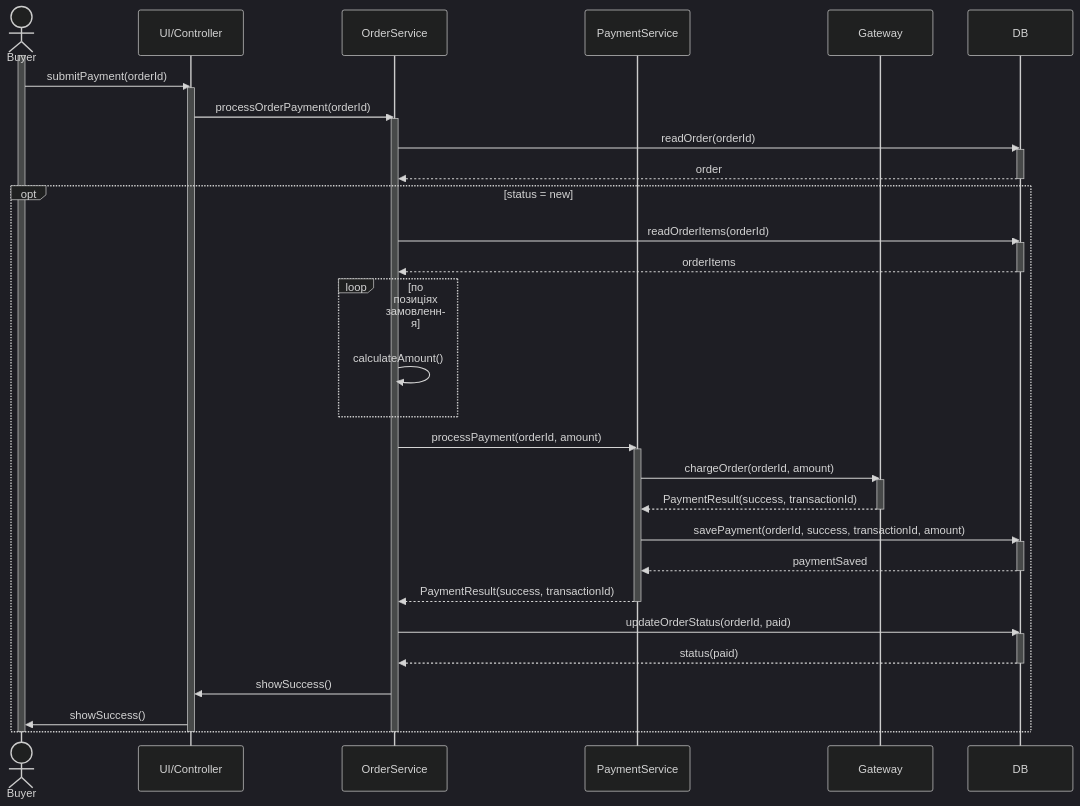
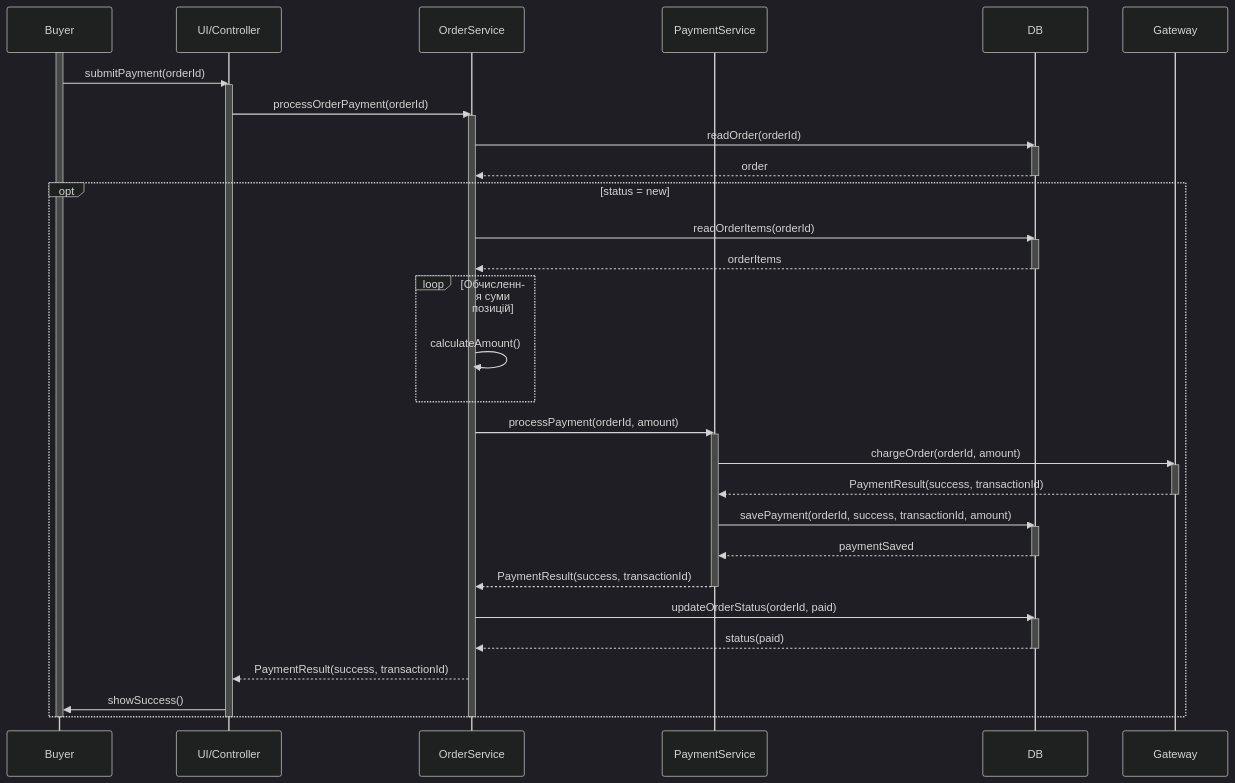
Before and after one commit to Saeghxx/KPI2: the diagram in Lab3/diagrams/sc-10.md, drawn with Mermaid (dark theme).

Commit message:
fix(lab3): regenerate SC-10 diagram

````diff
--- a/Lab3/diagrams/sc-10.md
+++ b/Lab3/diagrams/sc-10.md
@@ -3,57 +3,57 @@
 ```mermaid
 sequenceDiagram
-    actor Buyer
+    participant Buyer
     participant UI as UI/Controller
     participant OS as OrderService
     participant PS as PaymentService
+    participant DB
     participant GW as Gateway
-    participant DB
 
     activate Buyer
     Buyer->>UI: submitPayment(orderId)
     activate UI
     UI->>OS: processOrderPayment(orderId)
     activate OS
     OS->>DB: readOrder(orderId)
     activate DB
     DB-->>OS: order
     deactivate DB
 
     opt status = new
         OS->>DB: readOrderItems(orderId)
         activate DB
         DB-->>OS: orderItems
         deactivate DB
 
-        loop по позиціях замовлення
+        loop Обчислення суми позицій
             OS->>OS: calculateAmount()
         end
 
         OS->>PS: processPayment(orderId, amount)
         activate PS
         PS->>GW: chargeOrder(orderId, amount)
         activate GW
         GW-->>PS: PaymentResult(success, transactionId)
         deactivate GW
 
         PS->>DB: savePayment(orderId, success, transactionId, amount)
         activate DB
         DB-->>PS: paymentSaved
         deactivate DB
 
         PS-->>OS: PaymentResult(success, transactionId)
         deactivate PS
 
         OS->>DB: updateOrderStatus(orderId, paid)
         activate DB
         DB-->>OS: status(paid)
         deactivate DB
 
-        OS->>UI: showSuccess()
+        OS-->>UI: PaymentResult(success, transactionId)
         UI->>Buyer: showSuccess()
     end
 
     deactivate OS
     deactivate UI
     deactivate Buyer
 ```
````
